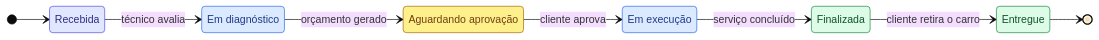
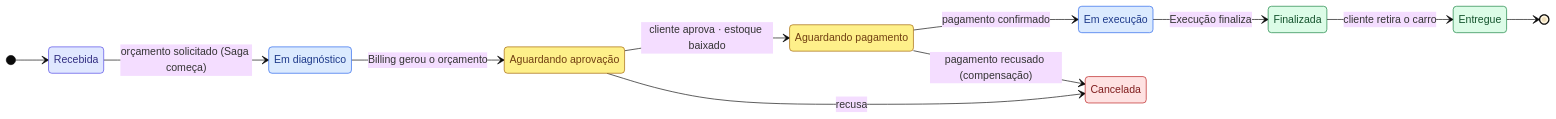
Before and after one commit to Lorenalgm/oficina_mecanica: the second of 2 diagrams in docs/arquitetura/sequencia-abertura-os.md, drawn with Mermaid (base theme). The commit also changed other lines of this file and 3 other files, not shown here.

Commit message:
docs: Diagramas de arquitetura atualizados para a Fase 4

````diff
--- a/docs/arquitetura/sequencia-abertura-os.md
+++ b/docs/arquitetura/sequencia-abertura-os.md
@@ -45,24 +49,30 @@
 ```mermaid
 stateDiagram-v2
     direction LR
     [*] --> Recebida
-    Recebida --> EmDiagnostico: técnico avalia
-    EmDiagnostico --> AguardandoAprovacao: orçamento gerado
-    AguardandoAprovacao --> EmExecucao: cliente aprova
-    EmExecucao --> Finalizada: serviço concluído
+    Recebida --> EmDiagnostico: orçamento solicitado (Saga começa)
+    EmDiagnostico --> AguardandoAprovacao: Billing gerou o orçamento
+    AguardandoAprovacao --> AguardandoPagamento: cliente aprova · estoque baixado
+    AguardandoPagamento --> EmExecucao: pagamento confirmado
+    EmExecucao --> Finalizada: Execução finaliza
     Finalizada --> Entregue: cliente retira o carro
     Entregue --> [*]
+    AguardandoAprovacao --> Cancelada: recusa
+    AguardandoPagamento --> Cancelada: pagamento recusado (compensação)
 
     EmDiagnostico: Em diagnóstico
     AguardandoAprovacao: Aguardando aprovação
+    AguardandoPagamento: Aguardando pagamento
     EmExecucao: Em execução
 
     classDef inicio fill:#e0e7ff,stroke:#4f46e5,color:#312e81
     classDef espera fill:#fef08a,stroke:#a16207,color:#713f12
     classDef trabalho fill:#dbeafe,stroke:#2563eb,color:#1e3a8a
     classDef fim fill:#dcfce7,stroke:#15803d,color:#14532d
+    classDef erro fill:#fee2e2,stroke:#b91c1c,color:#7f1d1d
     class Recebida inicio
-    class AguardandoAprovacao espera
+    class AguardandoAprovacao,AguardandoPagamento espera
     class EmDiagnostico,EmExecucao trabalho
     class Finalizada,Entregue fim
+    class Cancelada erro
 ```
````
